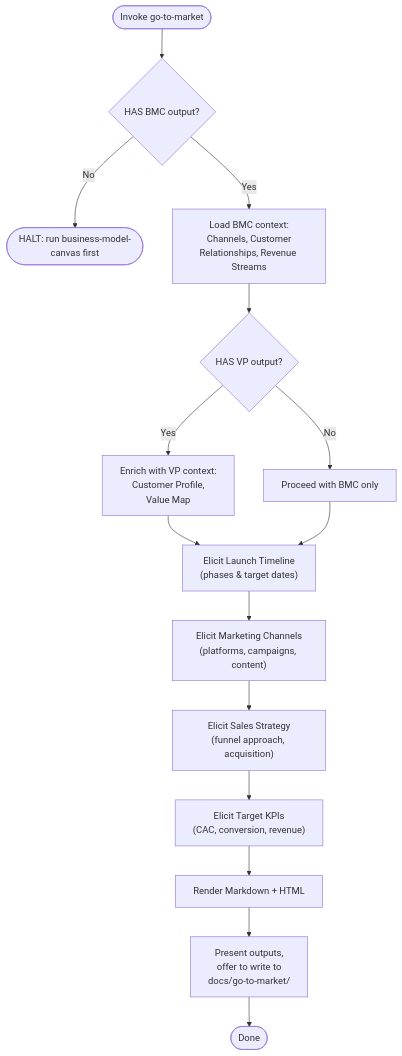
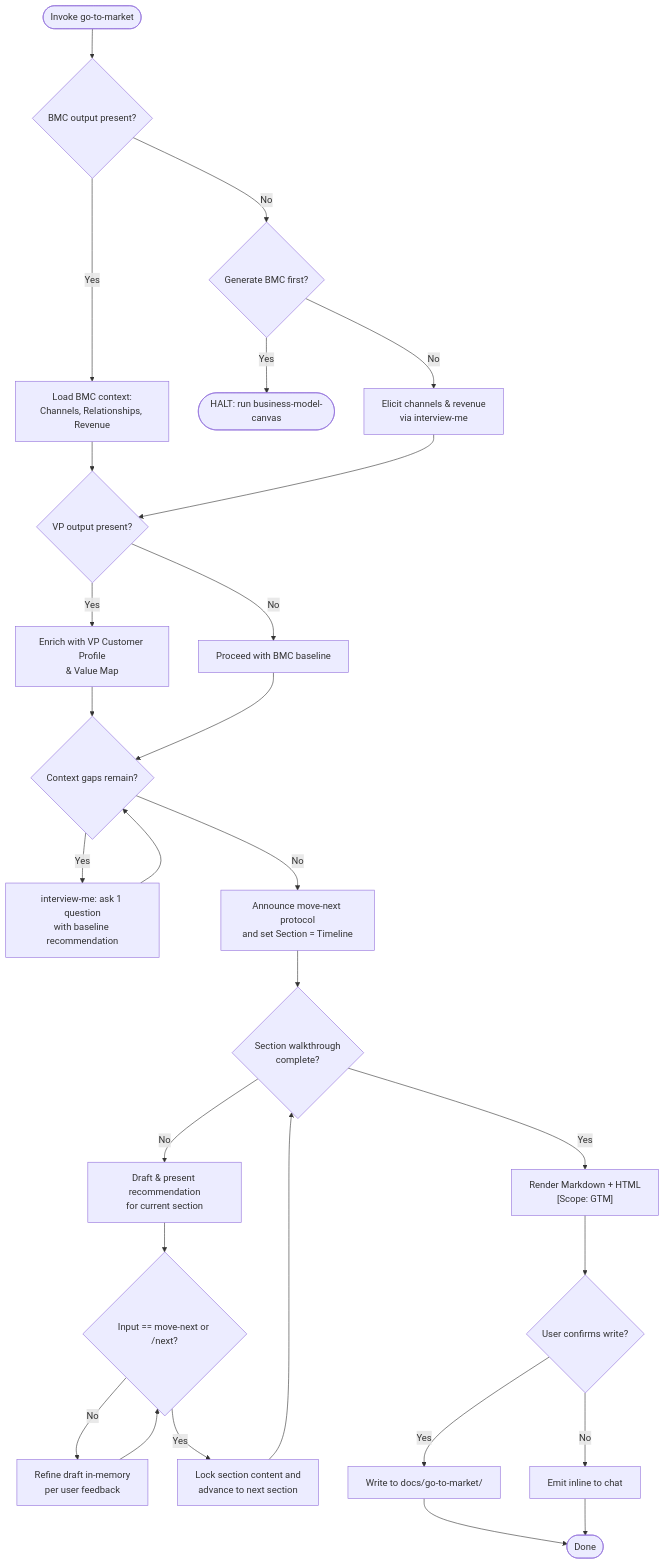
One commit to MegaByteMark/skills-to-pay-the-ai-bills changed the diagram in skills/go-to-market/SKILL.md. Above: the diagram before and after it, drawn with Mermaid. The commit also changed other lines of this file and 4 other files, not shown here.

Commit message:
feat(business-skills): standardize recommendation interview and section advancement (Closes #89)

````diff
--- a/skills/go-to-market/SKILL.md
+++ b/skills/go-to-market/SKILL.md
@@ -16,17 +17,30 @@
 ```mermaid
 flowchart TD
-    START(["Invoke go-to-market"]) --> A{HAS BMC output?}
-    A -->|No| HALT(["HALT: run business-model-canvas first"])
-    A -->|Yes| B["Load BMC context:\nChannels, Customer\nRelationships, Revenue Streams"]
-    B --> C{HAS VP output?}
-    C -->|Yes| D["Enrich with VP context:\nCustomer Profile,\nValue Map"]
-    C -->|No| E["Proceed with BMC only"]
-    D --> F["Elicit Launch Timeline\n(phases & target dates)"]
-    E --> F
-    F --> G["Elicit Marketing Channels\n(platforms, campaigns, content)"]
-    G --> H["Elicit Sales Strategy\n(funnel approach, acquisition)"]
-    H --> I["Elicit Target KPIs\n(CAC, conversion, revenue)"]
-    I --> J["Render Markdown + HTML"]
-    J --> K["Present outputs,\noffer to write to\ndocs/go-to-market/"]
-    K --> DONE(["Done"])
+    START(["Invoke go-to-market"]) --> D1{"BMC output present?"}
+    D1 -->|Yes| P1["Load BMC context:\nChannels, Relationships, Revenue"]
+    D1 -->|No| D_GEN{"Generate BMC first?"}
+    D_GEN -->|Yes| P_HALT(["HALT: run business-model-canvas"])
+    D_GEN -->|No| P2["Elicit channels & revenue\nvia interview-me"]
+    P1 --> D_VP{"VP output present?"}
+    P2 --> D_VP
+    D_VP -->|Yes| P3["Enrich with VP Customer Profile\n& Value Map"]
+    D_VP -->|No| P4["Proceed with BMC baseline"]
+    P3 --> D2{"Context gaps remain?"}
+    P4 --> D2
+    D2 -->|Yes| P5["interview-me: ask 1 question\nwith baseline recommendation"]
+    P5 --> D2
+    D2 -->|No| P6["Announce move-next protocol\nand set Section = Timeline"]
+    P6 --> D_SEC{"Section walkthrough\ncomplete?"}
+    D_SEC -->|No| P7["Draft & present recommendation\nfor current section"]
+    P7 --> D_ADV{"Input == move-next or /next?"}
+    D_ADV -->|No| P8["Refine draft in-memory\nper user feedback"]
+    P8 --> D_ADV
+    D_ADV -->|Yes| P9["Lock section content and\nadvance to next section"]
+    P9 --> D_SEC
+    D_SEC -->|Yes| P10["Render Markdown + HTML\n[Scope: GTM]"]
+    P10 --> D_WRT{"User confirms write?"}
+    D_WRT -->|Yes| P11["Write to docs/go-to-market/"]
+    D_WRT -->|No| P12["Emit inline to chat"]
+    P11 --> DONE(["Done"])
+    P12 --> DONE
 ```
````
